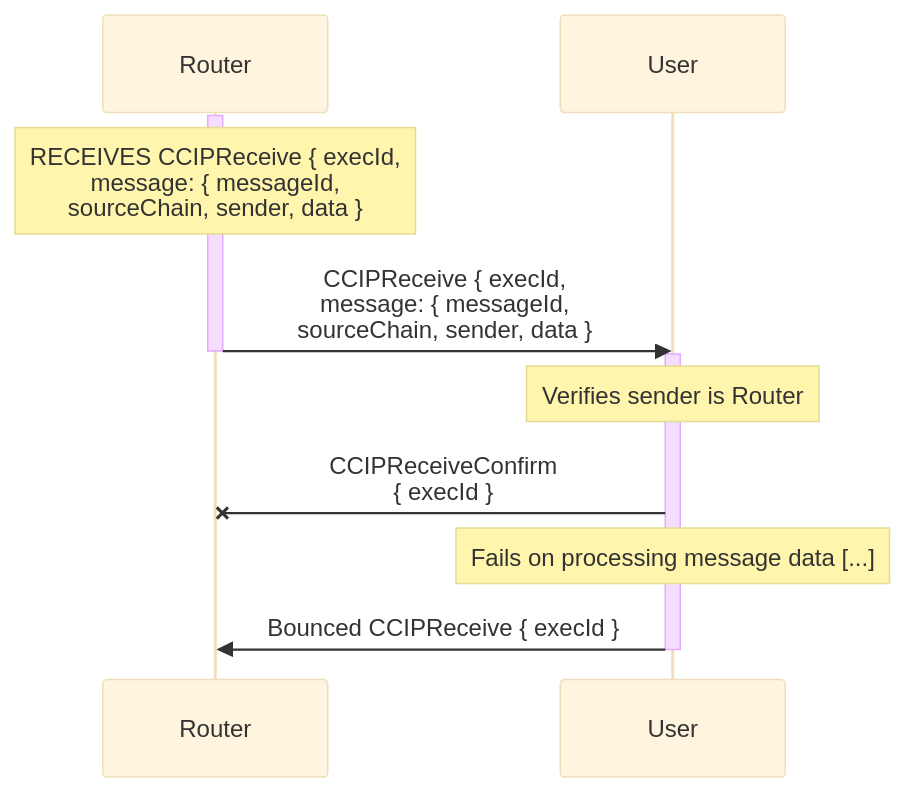
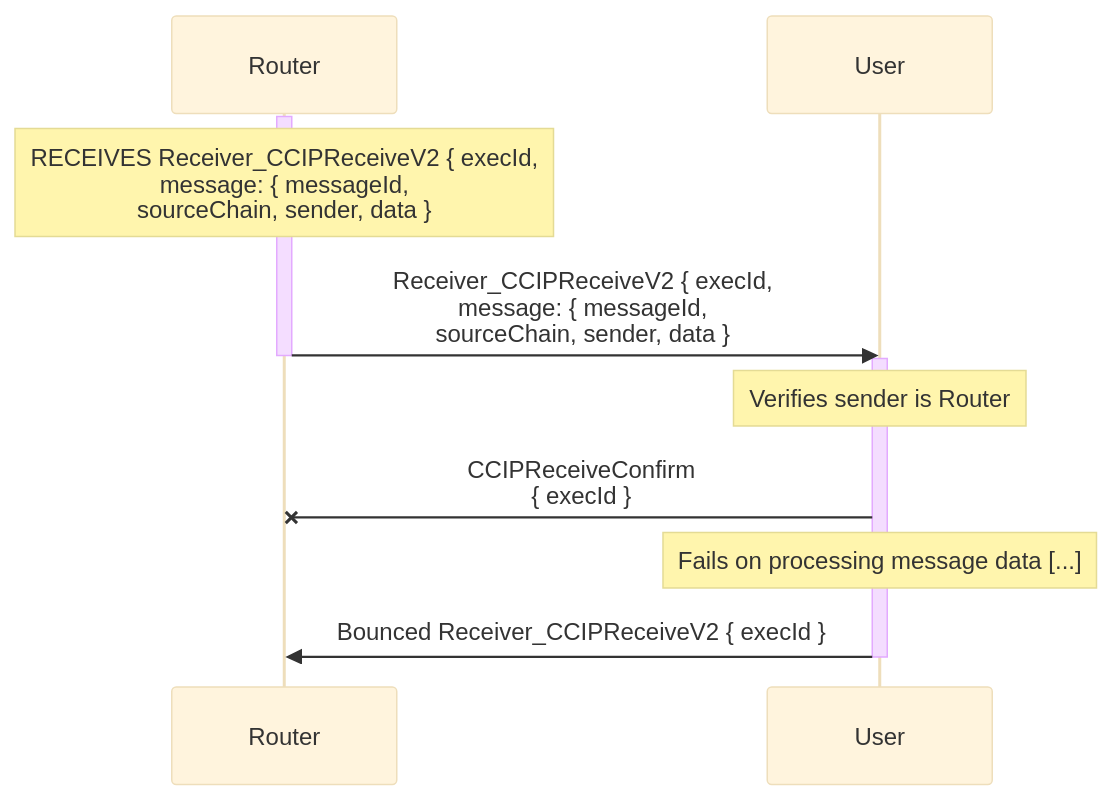
Before and after one commit to smartcontractkit/chainlink-ton: the second of 2 diagrams in docs/contracts/overview/ccip/router/user-interface/receiver.md, drawn with Mermaid (base theme). The commit also changed other lines of this file and 31 other files, not shown here.

First line of the commit message:
[NONEVM-5608] Fix Receiver_CCIPReceive potential overflow (#841)

````diff
--- a/docs/contracts/overview/ccip/router/user-interface/receiver.md
+++ b/docs/contracts/overview/ccip/router/user-interface/receiver.md
@@ -41,19 +41,19 @@
 ```mermaid
 sequenceDiagram
     participant R as Router
     participant U as User
 
     activate R
-    Note over R: RECEIVES CCIPReceive { execId,<br>message: { messageId,<br>sourceChain, sender, data }
-    R ->> U: CCIPReceive { execId,<br>message: { messageId,<br>sourceChain, sender, data }
+    Note over R: RECEIVES Receiver_CCIPReceiveV2 { execId,<br>message: { messageId,<br>sourceChain, sender, data }
+    R ->> U: Receiver_CCIPReceiveV2 { execId,<br>message: { messageId,<br>sourceChain, sender, data }
     deactivate R
 
 
 
     activate U
     Note over U: Verifies sender is Router
     U -x R: CCIPReceiveConfirm<br>{ execId }
     Note over U: Fails on processing message data [...]
-    U ->> R: Bounced CCIPReceive { execId }
+    U ->> R: Bounced Receiver_CCIPReceiveV2 { execId }
     deactivate U
 ```
````
